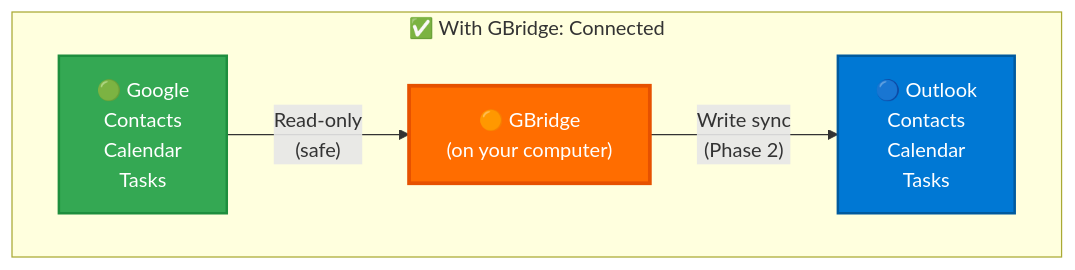
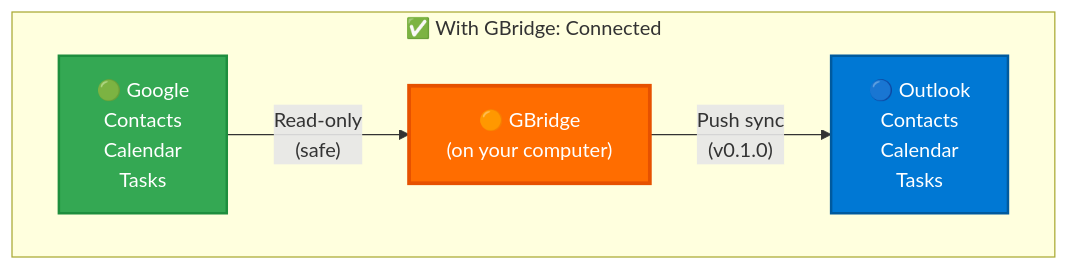
Before and after one commit to amitrintzler/GBridge: the second of 4 diagrams in README.md, drawn with Mermaid. The commit also changed other lines of this file, not shown here.

````diff
--- a/README.md
+++ b/README.md
@@ -56,15 +54,15 @@
 ```mermaid
 graph LR
     subgraph "✅ With GBridge: Connected"
         direction LR
         G2["🟢 Google\nContacts\nCalendar\nTasks"]
         B["🟠 GBridge\n(on your computer)"]
         O2["🔵 Outlook\nContacts\nCalendar\nTasks"]
         G2 -->|"Read-only\n(safe)"| B
-        B -->|"Write sync\n(Phase 2)"| O2
+        B -->|"Push sync\n(v0.1.0)"| O2
     end
 
     style G2 fill:#34a853,stroke:#1e8e3e,color:#fff,stroke-width:2px
     style B fill:#ff6d00,stroke:#e65100,color:#fff,stroke-width:3px
     style O2 fill:#0078d4,stroke:#005a9e,color:#fff,stroke-width:2px
 ```
````
